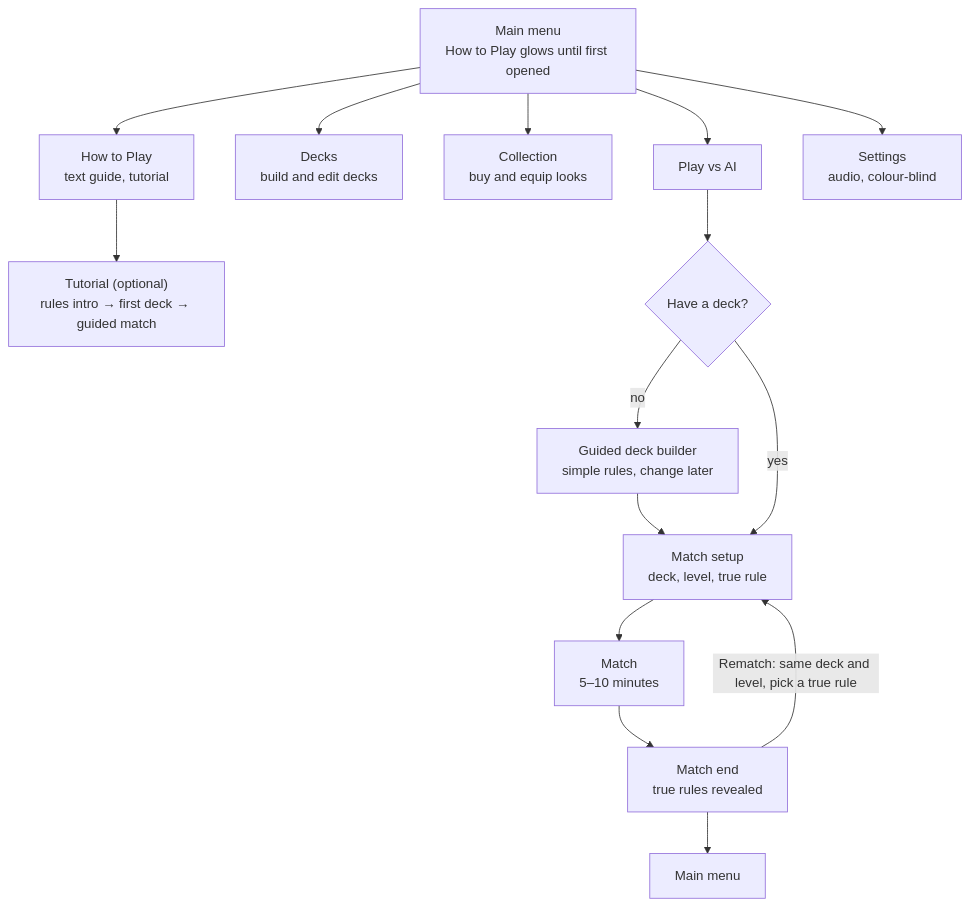
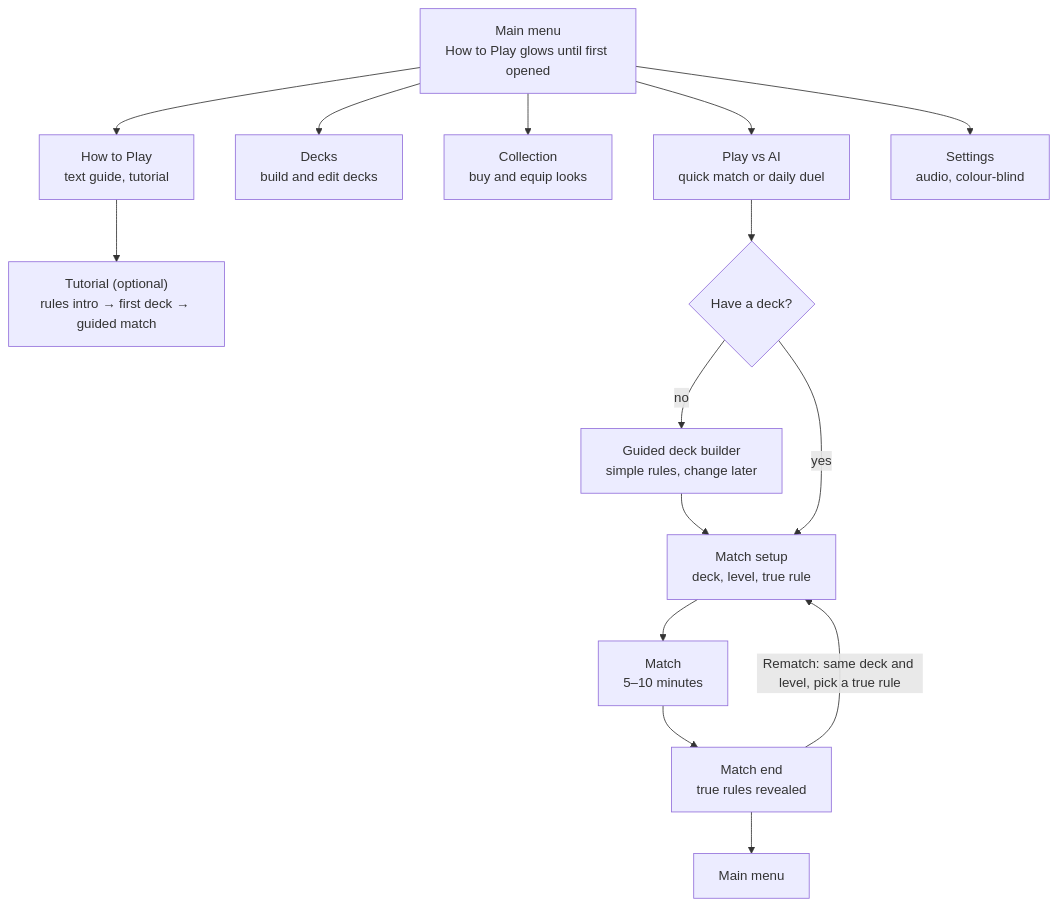
One commit to BlueDespero/Ballen changed the second of 2 diagrams in docs/game-design-document.md. Above: the diagram before and after it, drawn with Mermaid. The commit also changed other lines of this file and 2 other files, not shown here.

````diff
--- a/docs/game-design-document.md
+++ b/docs/game-design-document.md
@@ -124,17 +137,17 @@
 ```mermaid
 flowchart TD
-    menu["Main menu<br/>How to Play glows until first opened"] --> play["Play vs AI"]
+    menu["Main menu<br/>How to Play glows until first opened"] --> play["Play vs AI<br/>quick match or daily duel"]
     menu --> decks["Decks<br/>build and edit decks"]
     menu --> collection["Collection<br/>buy and equip looks"]
     menu --> how["How to Play<br/>text guide, tutorial"]
     menu --> settings["Settings<br/>audio, colour-blind"]
     how --> tutorial["Tutorial (optional)<br/>rules intro → first deck → guided match"]
     play --> has{"Have a deck?"}
     has -- no --> guided["Guided deck builder<br/>simple rules, change later"]
     guided --> setup["Match setup<br/>deck, level, true rule"]
     has -- yes --> setup
     setup --> match["Match<br/>5–10 minutes"]
     match --> endscreen["Match end<br/>true rules revealed"]
     endscreen -- "Rematch: same deck and level, pick a true rule" --> setup
     endscreen --> back["Main menu"]
 ```
````
